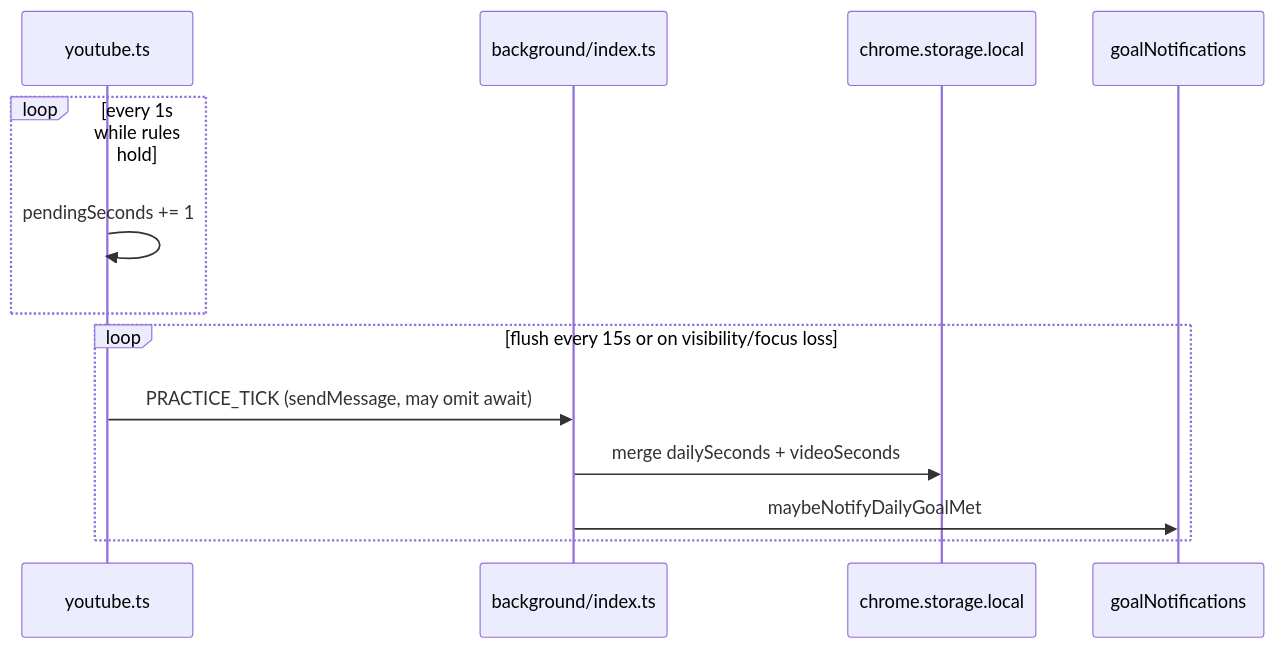
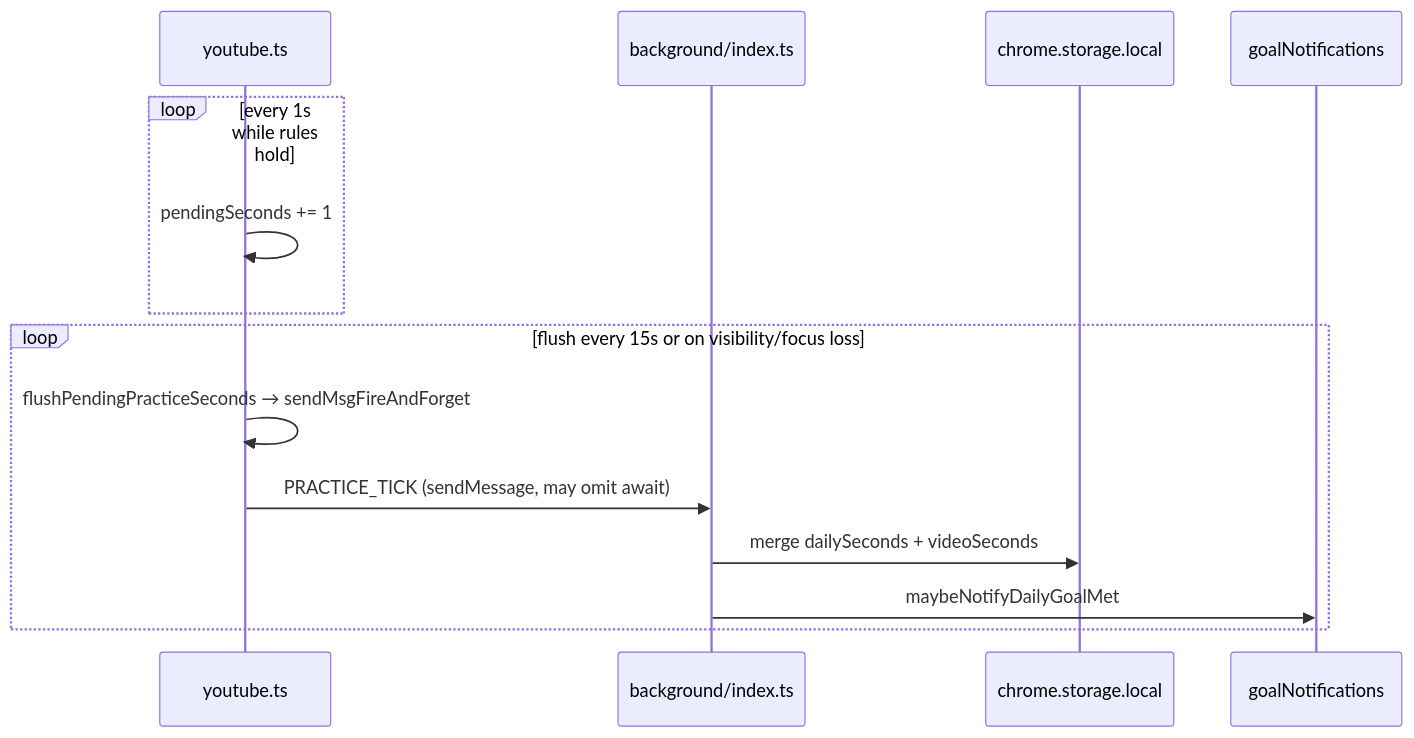
The third of 3 diagrams in ExplaneMe.md (thepoppfish/JustPractice), drawn with Mermaid before and after one commit. The commit also changed other lines of this file and 12 other files, not shown here.

````diff
--- a/ExplaneMe.md
+++ b/ExplaneMe.md
@@ -247,16 +263,17 @@
 ```mermaid
 sequenceDiagram
   participant CS as youtube.ts
   participant BG as background/index.ts
   participant ST as chrome.storage.local
   participant GN as goalNotifications
 
   loop every 1s while rules hold
     CS->>CS: pendingSeconds += 1
   end
   loop flush every 15s or on visibility/focus loss
+    CS->>CS: flushPendingPracticeSeconds → sendMsgFireAndForget
     CS->>BG: PRACTICE_TICK (sendMessage, may omit await)
     BG->>ST: merge dailySeconds + videoSeconds
     BG->>GN: maybeNotifyDailyGoalMet
   end
 ```
````
